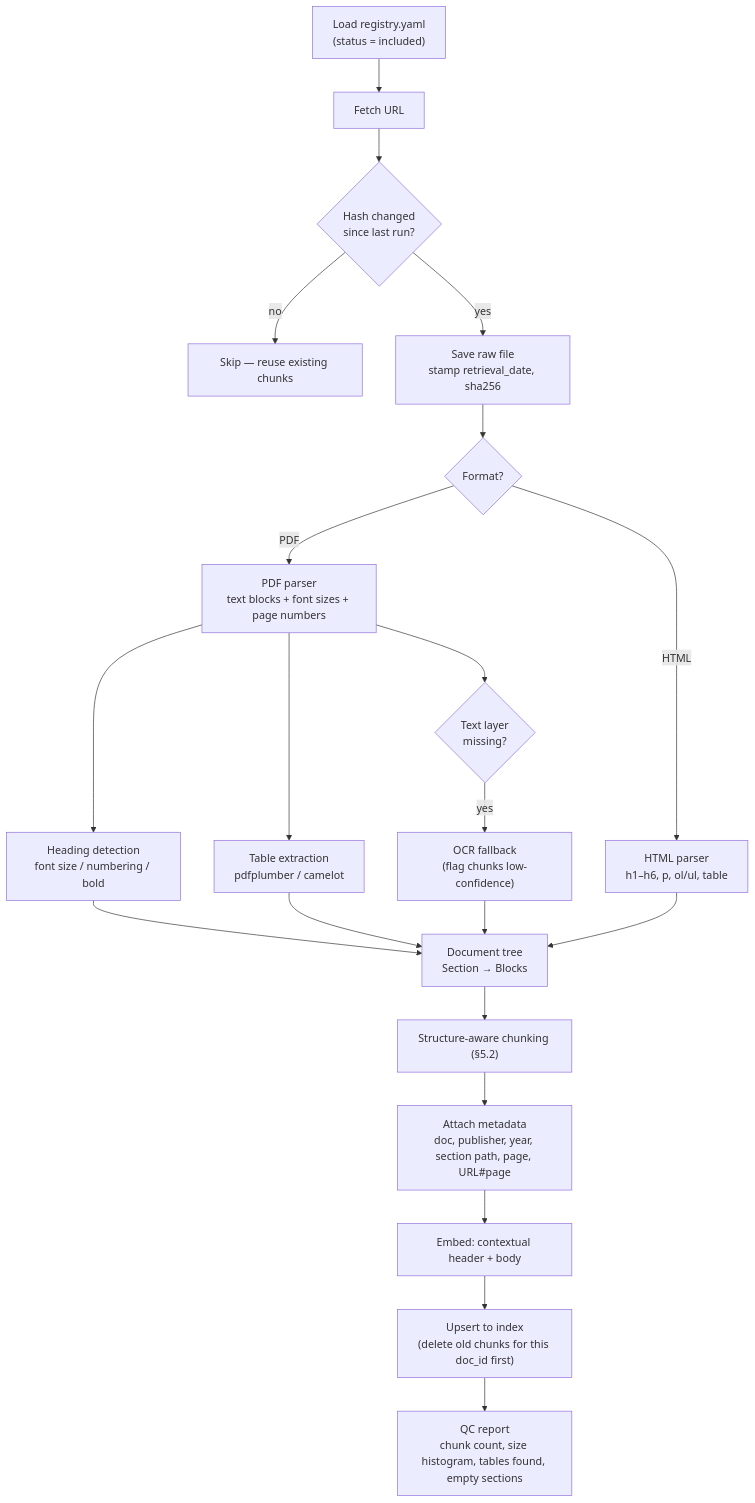
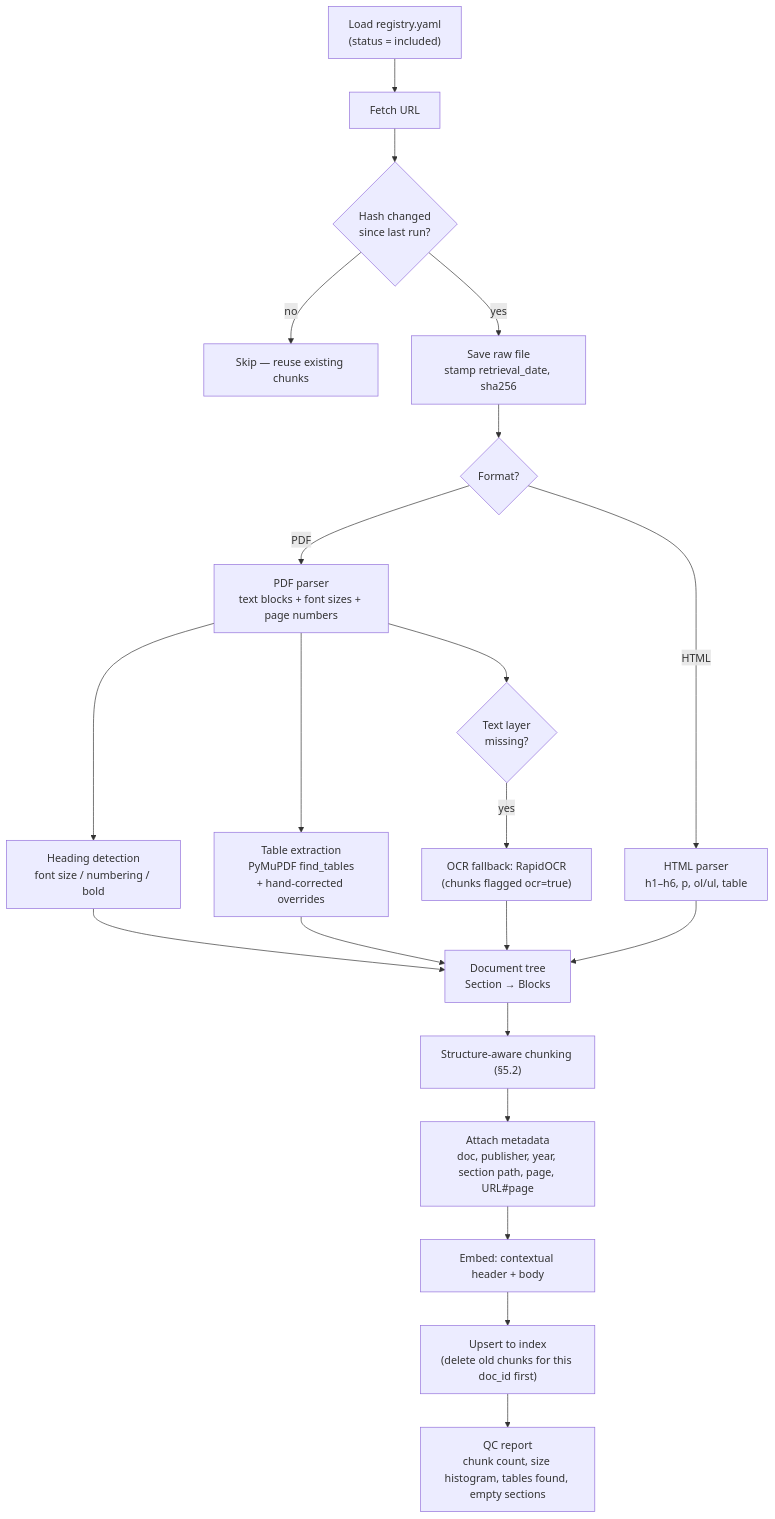
The third of 11 diagrams in ARCHITECTURE.md (vaishali-iyengar/TruNutri-RAG-chatbot), drawn with Mermaid before and after one commit. The commit also changed other lines of this file and 1 other file, not shown here.

First line of the commit message:
Update architecture doc and plan to the built system

````diff
--- a/ARCHITECTURE.md
+++ b/ARCHITECTURE.md
@@ -148,23 +154,23 @@
 ```mermaid
 flowchart TD
     A["Load registry.yaml<br/>(status = included)"] --> B["Fetch URL"]
     B --> C{"Hash changed<br/>since last run?"}
     C -->|no| SKIP["Skip — reuse existing chunks"]
     C -->|yes| D["Save raw file<br/>stamp retrieval_date, sha256"]
     D --> E{"Format?"}
     E -->|PDF| F["PDF parser<br/>text blocks + font sizes + page numbers"]
     E -->|HTML| G["HTML parser<br/>h1–h6, p, ol/ul, table"]
     F --> H["Heading detection<br/>font size / numbering / bold"]
-    F --> T1["Table extraction<br/>pdfplumber / camelot"]
+    F --> T1["Table extraction<br/>PyMuPDF find_tables<br/>+ hand-corrected overrides"]
     F --> OCR{"Text layer<br/>missing?"}
-    OCR -->|yes| O["OCR fallback<br/>(flag chunks low-confidence)"]
+    OCR -->|yes| O["OCR fallback: RapidOCR<br/>(chunks flagged ocr=true)"]
     H --> TREE["Document tree<br/>Section → Blocks"]
     T1 --> TREE
     O --> TREE
     G --> TREE
     TREE --> CH["Structure-aware chunking (§5.2)"]
     CH --> M["Attach metadata<br/>doc, publisher, year, section path, page, URL#page"]
     M --> EMB["Embed: contextual header + body"]
     EMB --> UP["Upsert to index<br/>(delete old chunks for this doc_id first)"]
     UP --> QC["QC report<br/>chunk count, size histogram, tables found, empty sections"]
 ```
````
